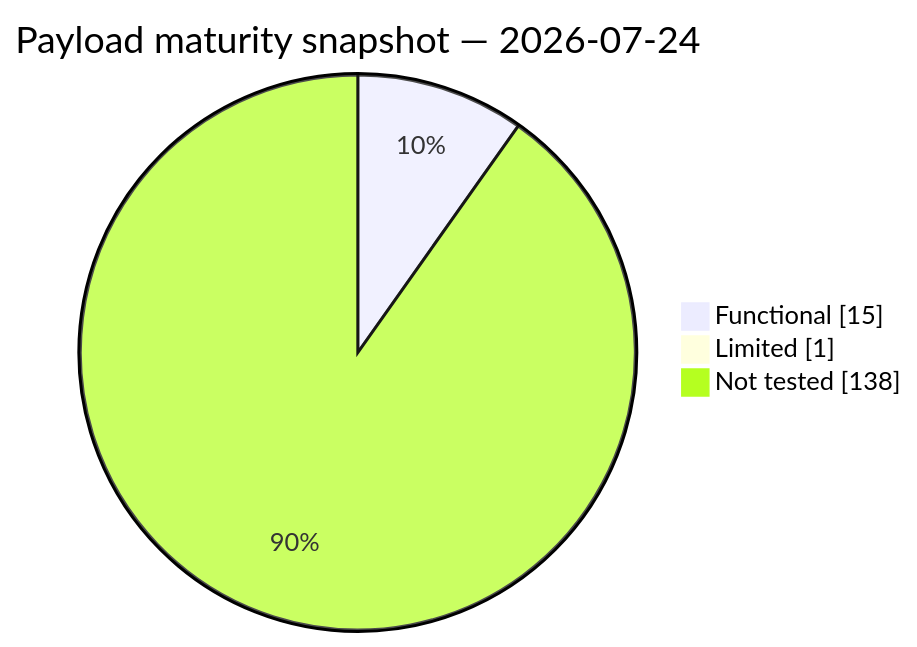
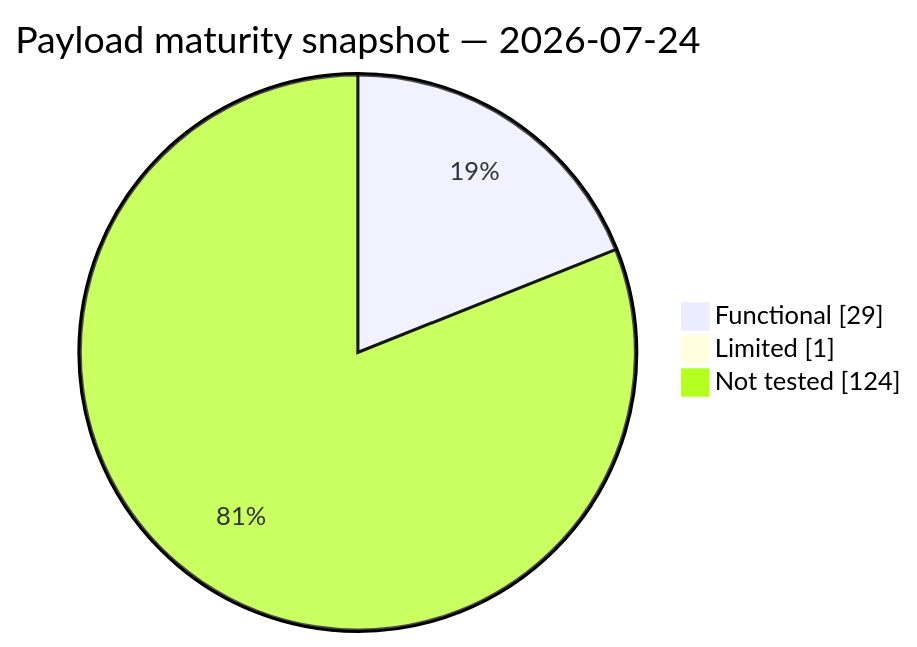
The second of 2 diagrams in docs/ROADMAP.md (kanedasec/citypop), drawn with Mermaid before and after one commit. The commit also changed other lines of this file, not shown here.

````diff
--- a/docs/ROADMAP.md
+++ b/docs/ROADMAP.md
@@ -71,7 +71,7 @@
 ```mermaid
 pie showData
     title Payload maturity snapshot — 2026-07-24
-    "Functional" : 15
+    "Functional" : 29
     "Limited" : 1
-    "Not tested" : 138
+    "Not tested" : 124
 ```
````
